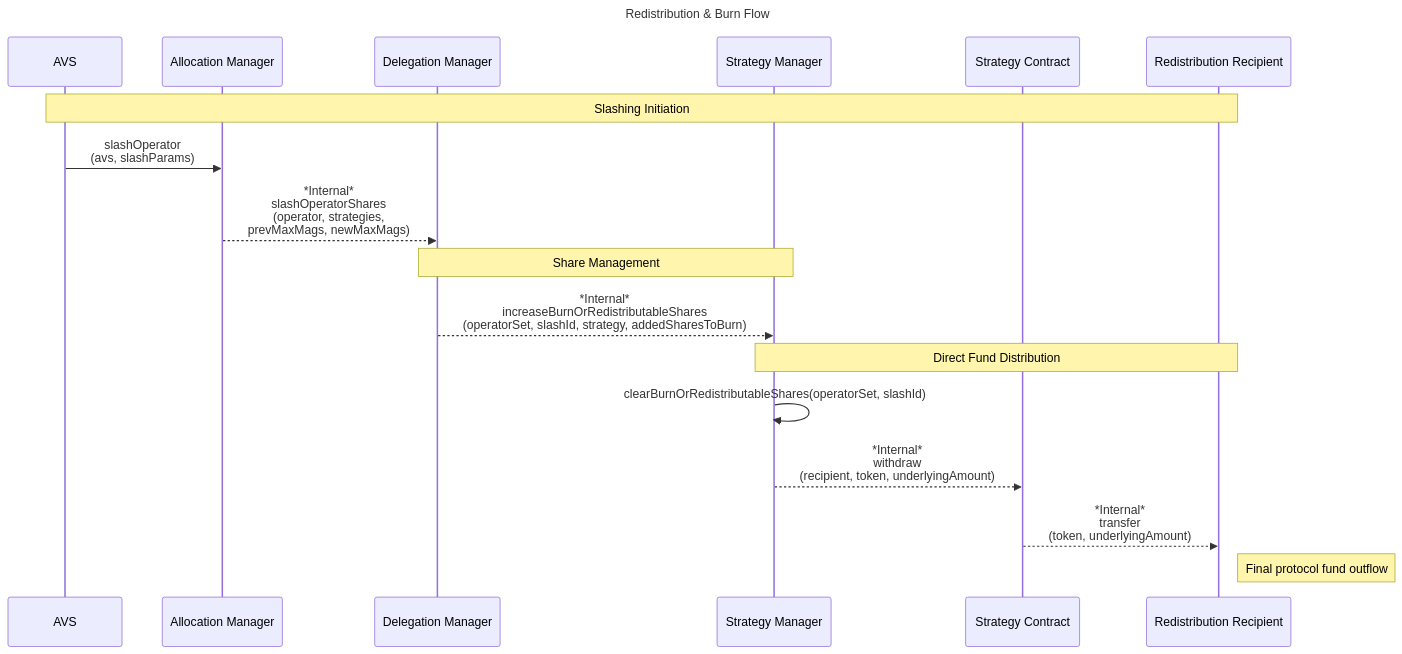
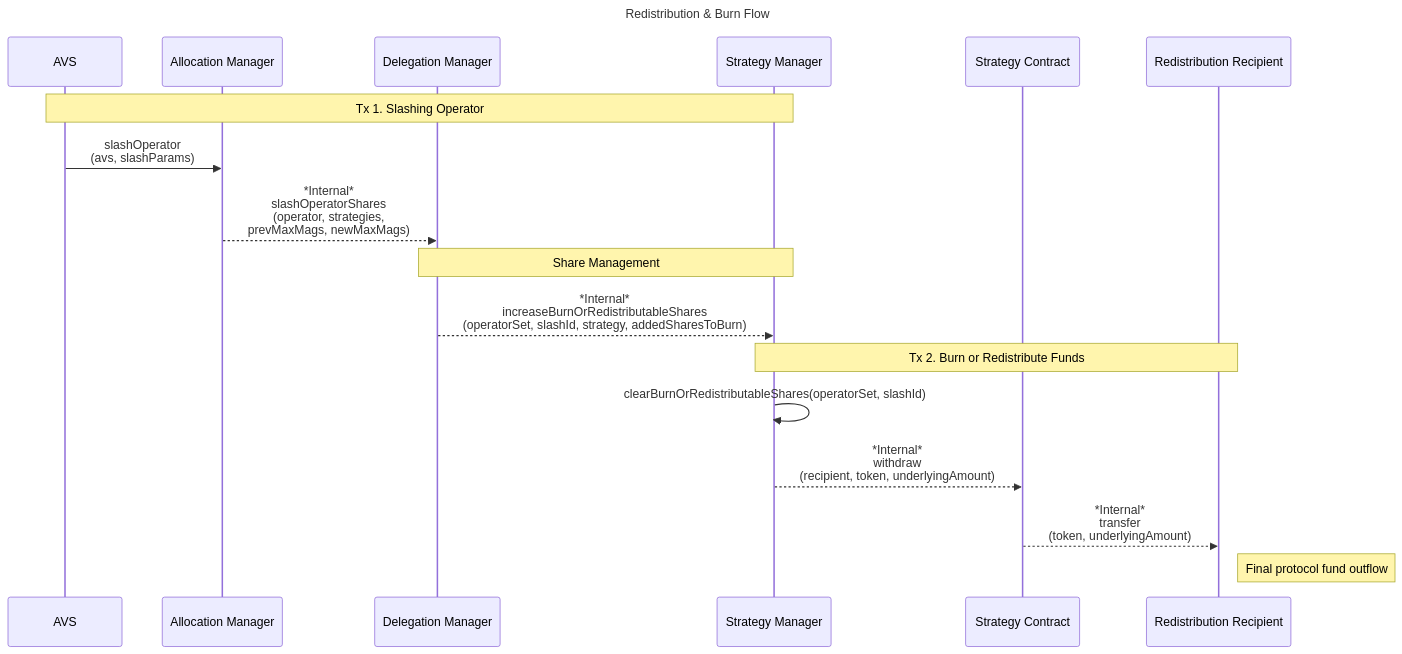
Before and after one commit to eigenfoundation/ELIPs: the diagram in ELIPs/ELIP-006.md, drawn with Mermaid. The commit also changed other lines of this file, not shown here.

````diff
--- a/ELIPs/ELIP-006.md
+++ b/ELIPs/ELIP-006.md
@@ -234,23 +237,23 @@
 ```mermaid
 sequenceDiagram
     title Redistribution & Burn Flow
 
     participant AVS as AVS
     participant ALM as Allocation Manager
     participant DM as Delegation Manager
     participant SM as Strategy Manager
     participant STR as Strategy Contract
     participant RR as Redistribution Recipient
 
-    Note over AVS,RR: Slashing Initiation
+    Note over AVS,SM: Tx 1. Slashing Operator
     AVS->>ALM: slashOperator<br>(avs, slashParams)
     ALM-->>DM: *Internal* <br>slashOperatorShares<br>(operator, strategies,<br> prevMaxMags, newMaxMags)
     Note over DM,SM: Share Management
     DM-->>SM: *Internal*<br>increaseBurnOrRedistributableShares<br>(operatorSet, slashId, strategy, addedSharesToBurn)
     
-    Note over SM,RR: Direct Fund Distribution
+    Note over SM,RR: Tx 2. Burn or Redistribute Funds
     SM->>SM: clearBurnOrRedistributableShares(operatorSet, slashId)
     SM-->>STR: *Internal*<br>withdraw<br>(recipient, token, underlyingAmount)
     STR-->>RR: *Internal*<br>transfer<br>(token, underlyingAmount)
     Note right of RR: Final protocol fund outflow
 ```
````
